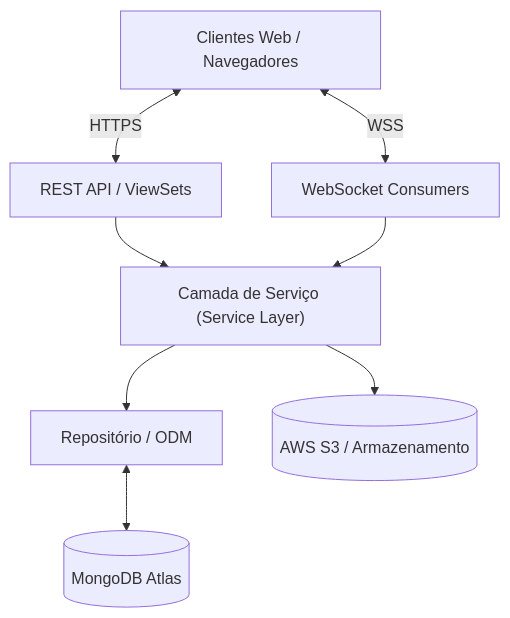
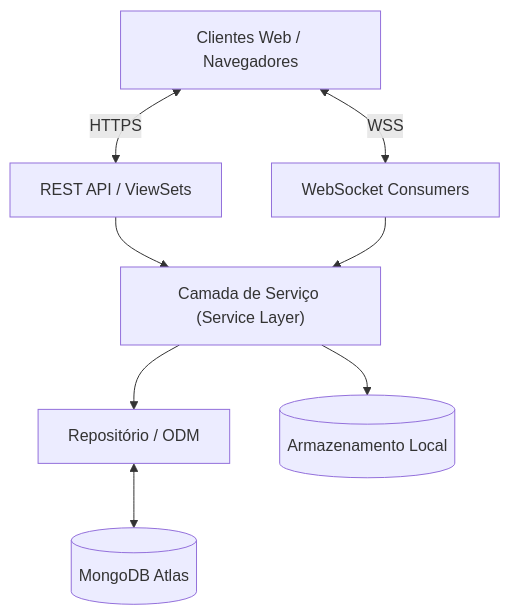
Before and after one commit to pedroprobst/cardapio_fabio: the diagram in README.md, drawn with Mermaid. The commit also changed other lines of this file and 10 other files, not shown here.

````diff
--- a/README.md
+++ b/README.md
@@ -72,18 +72,18 @@
 ```mermaid
 graph TD
     C["Clientes Web / Navegadores"]
     API["REST API / ViewSets"]
     WS["WebSocket Consumers"]
     SRV["Camada de Serviço (Service Layer)"]
     REP["Repositório / ODM"]
     DB[("MongoDB Atlas")]
-    S3[("AWS S3 / Armazenamento")]
+    Storage[("Armazenamento Local")]
 
     C <-->|HTTPS| API
     C <-->|WSS| WS
     API --> SRV
     WS --> SRV
     SRV --> REP
-    SRV --> S3
+    SRV --> Storage
     REP <--> DB
 ```
````
